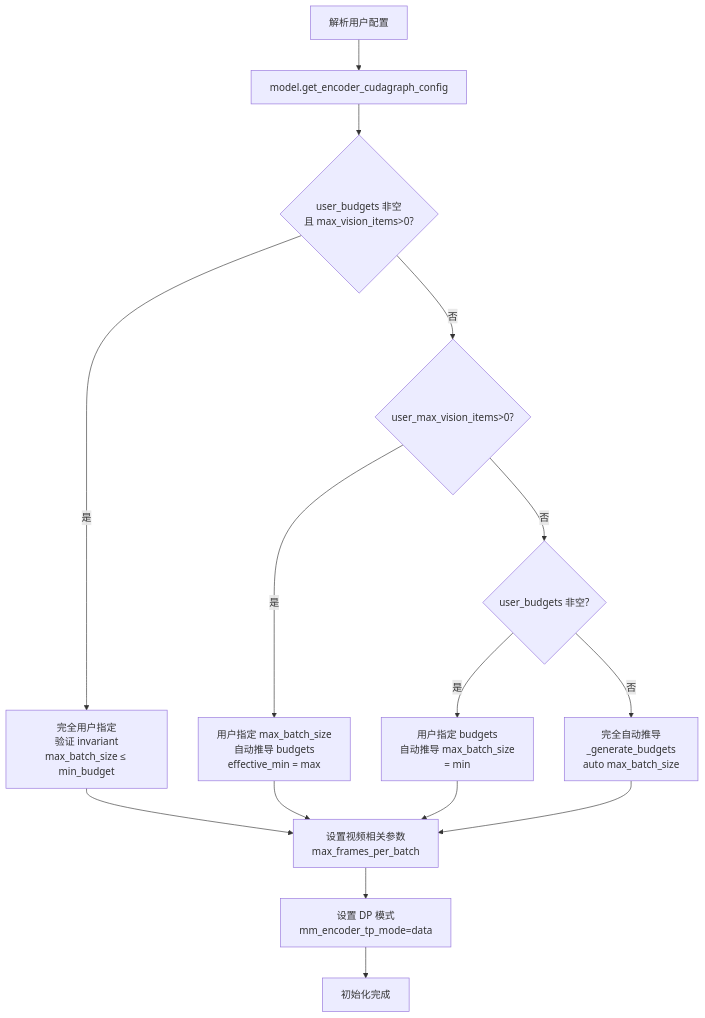
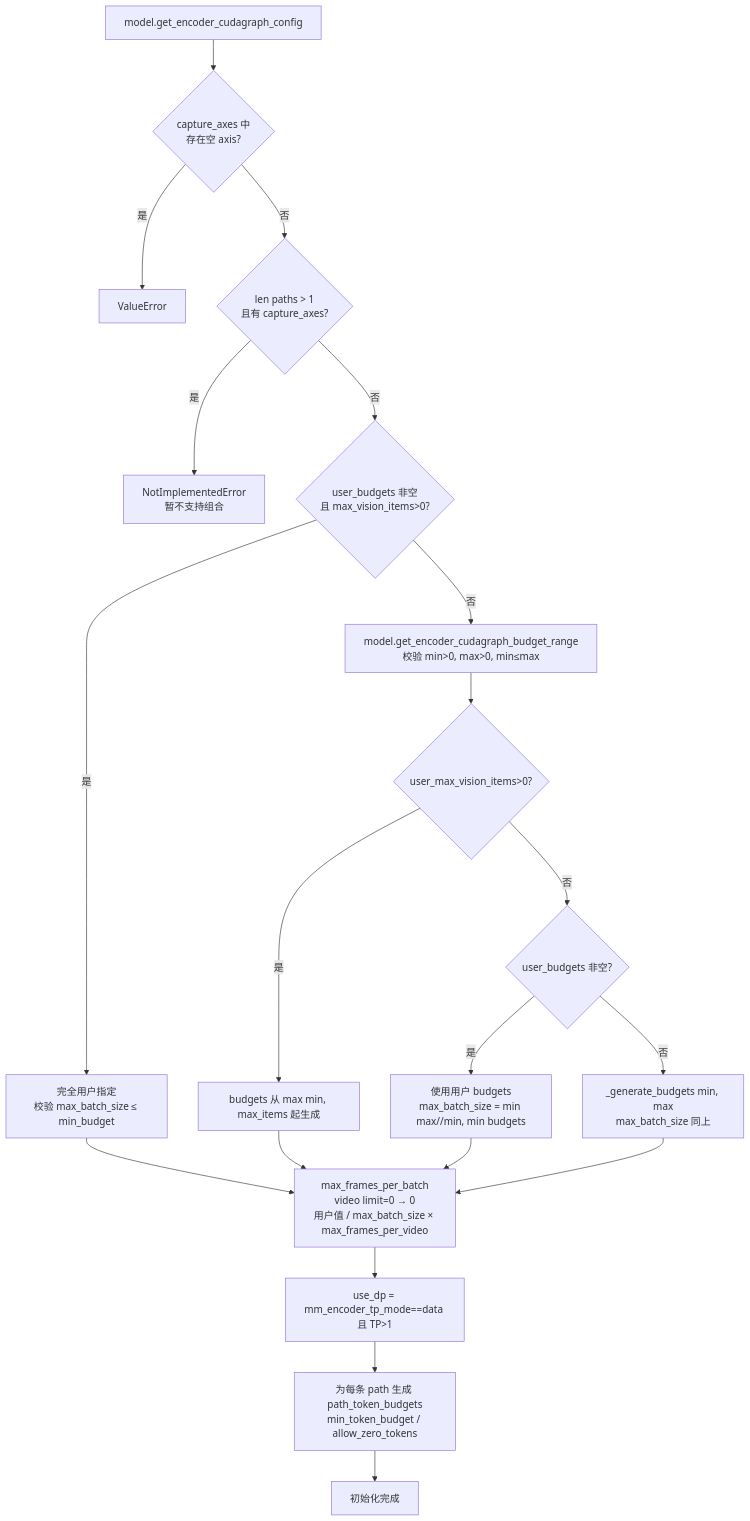
The fifth of 9 diagrams in skills/vllm-feature-tutorial/outputs/vit_full_cuda_graph.md (shen-shanshan/vllm-dev-skills), drawn with Mermaid before and after one commit. The commit also changed other lines of this file, not shown here.

Commit message:
Update vit cuda graph doc

````diff
--- a/skills/vllm-feature-tutorial/outputs/vit_full_cuda_graph.md
+++ b/skills/vllm-feature-tutorial/outputs/vit_full_cuda_graph.md
@@ -362,19 +526,19 @@
 ```mermaid
 flowchart TB
-    Start[解析用户配置] --> GetConfig[model.get_encoder_cudagraph_config]
-    GetConfig --> CheckUser{user_budgets 非空<br/>且 max_vision_items>0?}
-    CheckUser -->|是| FullUser[完全用户指定<br/>验证 invariant<br/>max_batch_size ≤ min_budget]
-    CheckUser -->|否| CheckPartial{user_max_vision_items>0?}
-    CheckPartial -->|是| PartialUser[用户指定 max_batch_size<br/>自动推导 budgets<br/>effective_min = max]
-    CheckPartial -->|否| CheckPartial2{user_budgets 非空?}
-    CheckPartial2 -->|是| PartialBudgets[用户指定 budgets<br/>自动推导 max_batch_size<br/>= min]
-    CheckPartial2 -->|否| FullAuto[完全自动推导<br/>_generate_budgets<br/>auto max_batch_size]
-
-    FullUser --> VideoSetup
-    PartialUser --> VideoSetup
-    PartialBudgets --> VideoSetup
-    FullAuto --> VideoSetup
-
-    VideoSetup[设置视频相关参数<br/>max_frames_per_batch] --> DPSetup[设置 DP 模式<br/>mm_encoder_tp_mode=data]
-    DPSetup --> Done[初始化完成]
+    Start[model.get_encoder_cudagraph_config] --> Axes{capture_axes 中<br/>存在空 axis?}
+    Axes -->|是| E1[ValueError]
+    Axes -->|否| Combo{len paths > 1<br/>且有 capture_axes?}
+    Combo -->|是| E2[NotImplementedError<br/>暂不支持组合]
+    Combo -->|否| CheckUser{user_budgets 非空<br/>且 max_vision_items>0?}
+    CheckUser -->|是| FullUser[完全用户指定<br/>校验 max_batch_size ≤ min_budget]
+    CheckUser -->|否| Range[model.get_encoder_cudagraph_budget_range<br/>校验 min>0, max>0, min≤max]
+    Range --> P1{user_max_vision_items>0?}
+    P1 -->|是| PartialUser[budgets 从 max min, max_items 起生成]
+    P1 -->|否| P2{user_budgets 非空?}
+    P2 -->|是| PartialBudgets[使用用户 budgets<br/>max_batch_size = min max//min, min budgets]
+    P2 -->|否| FullAuto[_generate_budgets min, max<br/>max_batch_size 同上]
+    FullUser & PartialUser & PartialBudgets & FullAuto --> Video[max_frames_per_batch<br/>video limit=0 → 0<br/>用户值 / max_batch_size × max_frames_per_video]
+    Video --> DP[use_dp = mm_encoder_tp_mode==data 且 TP>1]
+    DP --> Paths[为每条 path 生成 path_token_budgets<br/>min_token_budget / allow_zero_tokens]
+    Paths --> Done[初始化完成]
 ```
````
